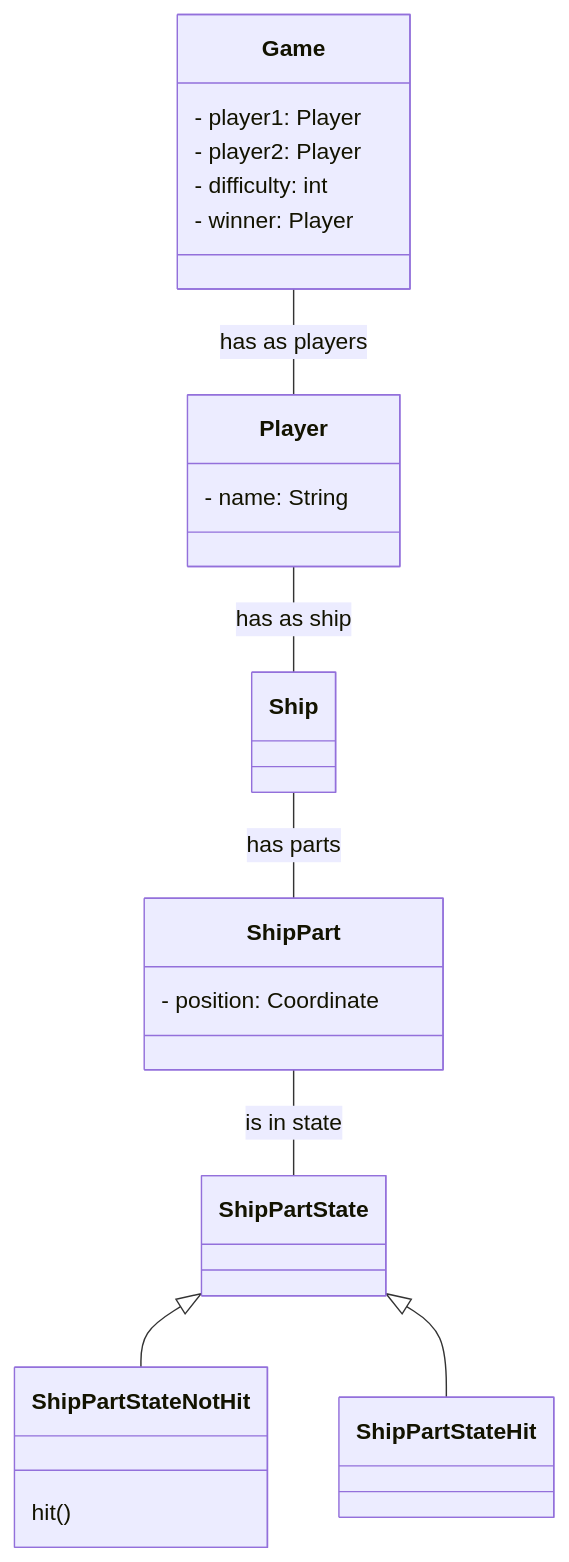
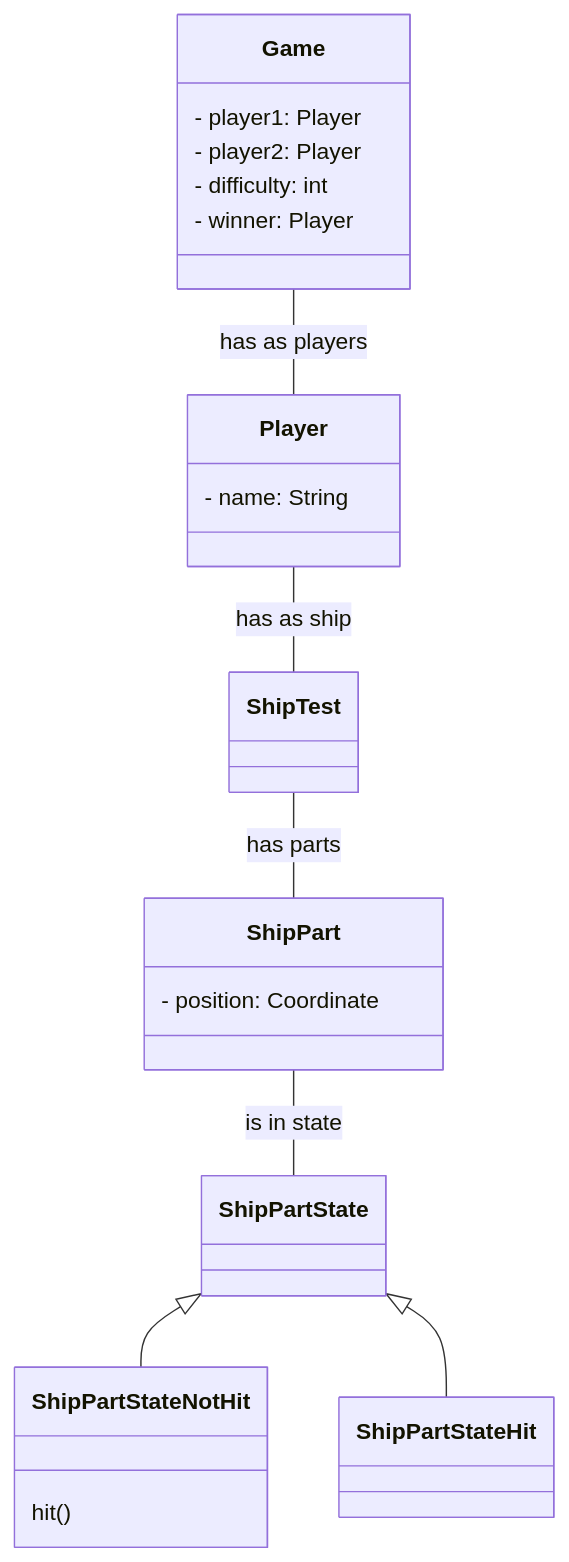
Before and after one commit to heckid18/SchiffeVersenken: the diagram in README.md, drawn with Mermaid. The commit also changed other lines of this file and 7 other files, not shown here.

````diff
--- a/README.md
+++ b/README.md
@@ -28,42 +28,42 @@
 ```mermaid
 classDiagram
 
     ShipPartState <|-- ShipPartStateNotHit
     ShipPartState <|-- ShipPartStateHit
-    Ship -- ShipPart: has parts
+    ShipTest -- ShipPart: has parts
     ShipPart -- ShipPartState: is in state
-    Player -- Ship: has as ship
+    Player -- ShipTest: has as ship
     Game -- Player: has as players
 
-    class Ship{
+    class ShipTest{
         
     } 
 
     class ShipPart{
         - position: Coordinate
 
     }
 
     class Player{
         - name: String
     }
 
     class Game{
         - player1: Player
         - player2: Player
         - difficulty: int
         - winner: Player
     }
 
     class ShipPartState{
 
     }
 
     class ShipPartStateNotHit{
         hit()
     }
 
     class ShipPartStateHit{
 
     }
 ```
````
